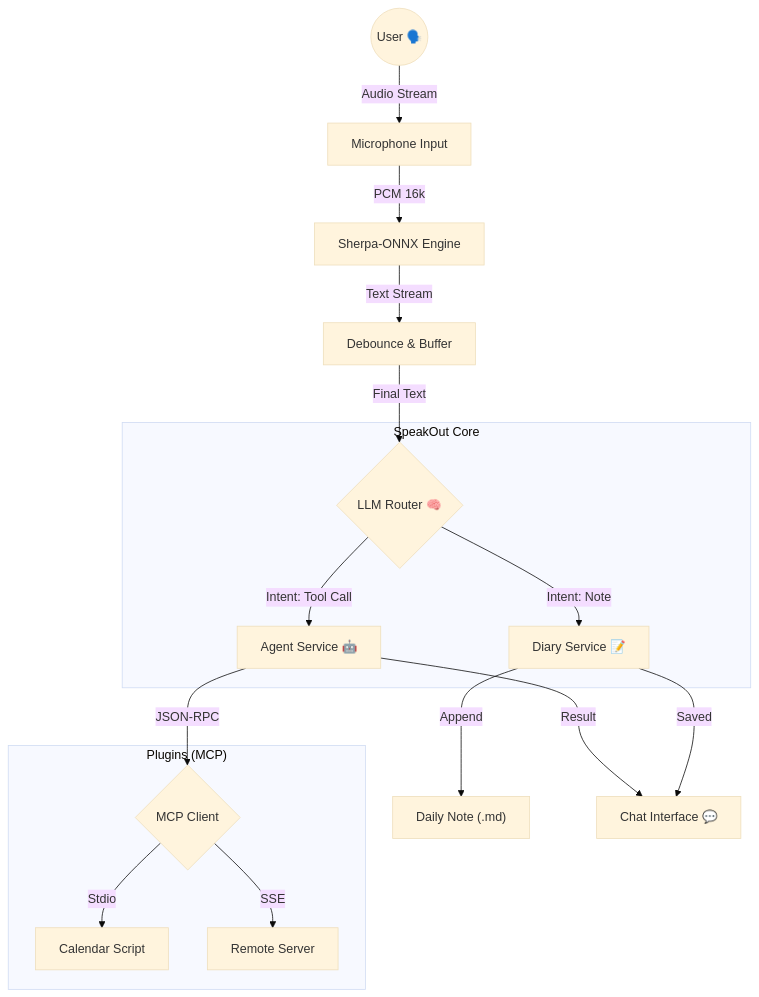
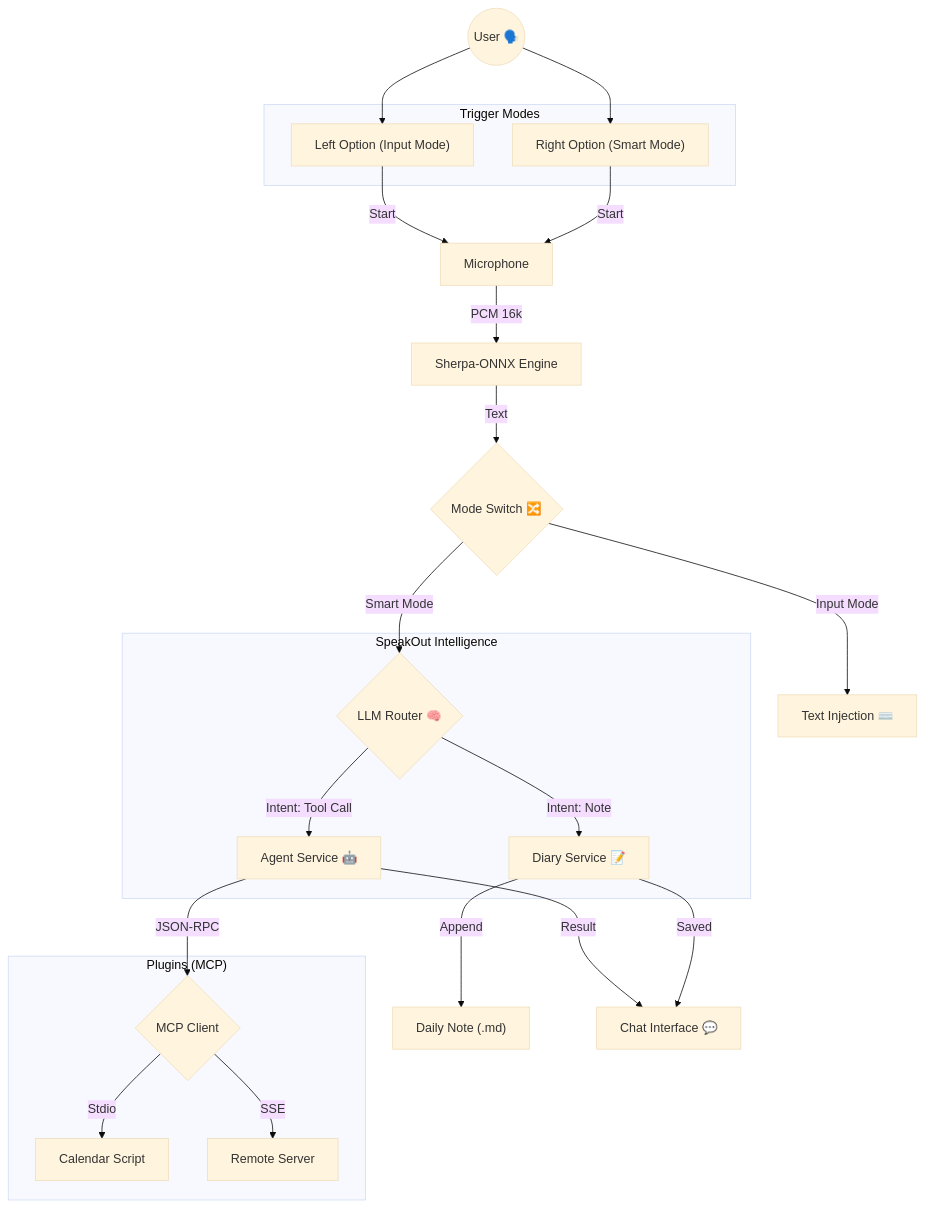
One commit to 4over7/SpeakOut changed the diagram in README.md. Above: the diagram before and after it, drawn with Mermaid (base theme).

Commit message:
Docs: Update Architecture Diagram to show dual modes

````diff
--- a/README.md
+++ b/README.md
@@ -159,25 +159,39 @@
 ```mermaid
 graph TD
-    User(("User 🗣️")) -->|Audio Stream| Mic["Microphone Input"]
-    Mic -->|"PCM 16k"| ASR["Sherpa-ONNX Engine"]
+    User(("User 🗣️")) 
     
-    ASR -->|"Text Stream"| Debounce["Debounce & Buffer"]
-    Debounce -->|"Final Text"| Router{"LLM Router 🧠"}
+    subgraph "Trigger Modes"
+        InputKey["Left Option (Input Mode)"]
+        SmartKey["Right Option (Smart Mode)"]
+    end
+
+    User --> InputKey
+    User --> SmartKey
     
-    subgraph "SpeakOut Core"
+    InputKey -->|Start| Mic["Microphone"]
+    SmartKey -->|Start| Mic
+    
+    Mic -->|PCM 16k| ASR["Sherpa-ONNX Engine"]
+    ASR -->|Text| Switch{"Mode Switch 🔀"}
+    
+    Switch -->|"Input Mode"| Inject["Text Injection ⌨️"]
+    
+    Switch -->|"Smart Mode"| Router{"LLM Router 🧠"}
+    
+    subgraph "SpeakOut Intelligence"
         Router -->|"Intent: Note"| Diary["Diary Service 📝"]
         Router -->|"Intent: Tool Call"| Agent["Agent Service 🤖"]
     end
     
     Diary -->|Append| MDFile["Daily Note (.md)"]
     
     Agent -->|JSON-RPC| MCP{MCP Client}
     
     subgraph "Plugins (MCP)"
         MCP -->|Stdio| Python["Calendar Script"]
         MCP -->|SSE| Remote["Remote Server"]
     end
     
     Agent -->|Result| ChatUI["Chat Interface 💬"]
     Diary -->|Saved| ChatUI
 ```
````
